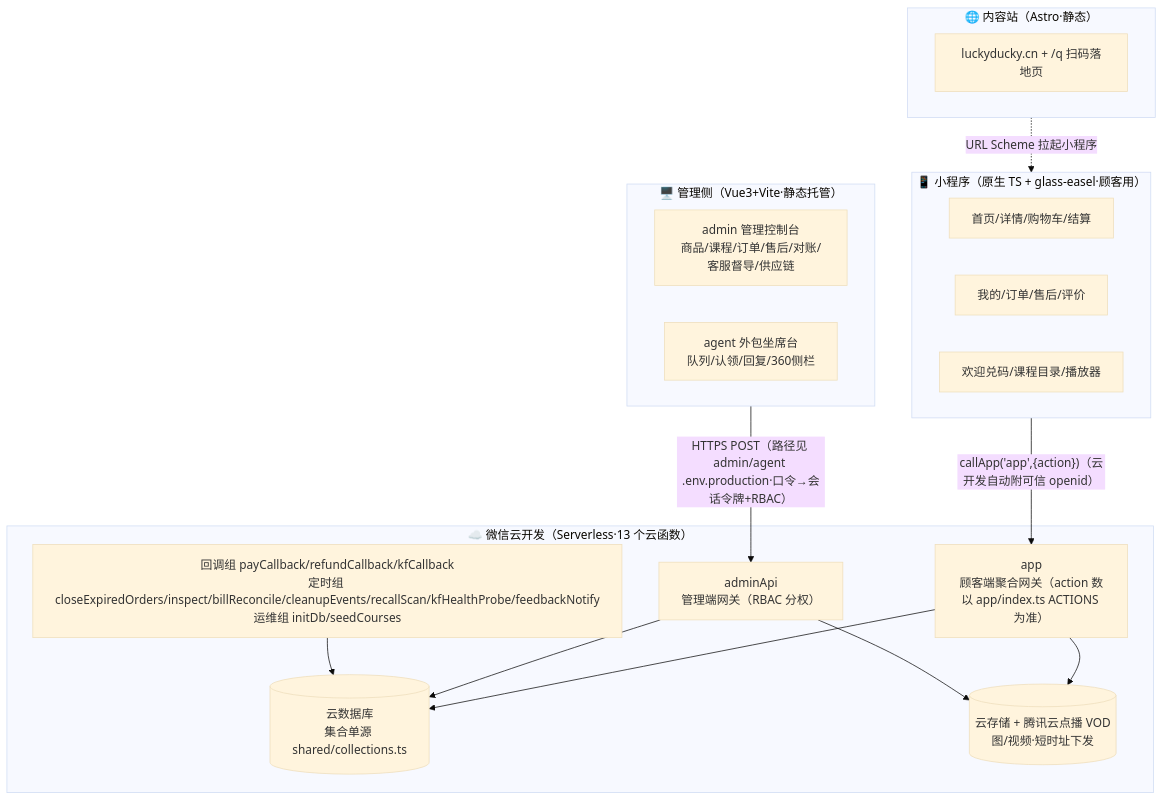
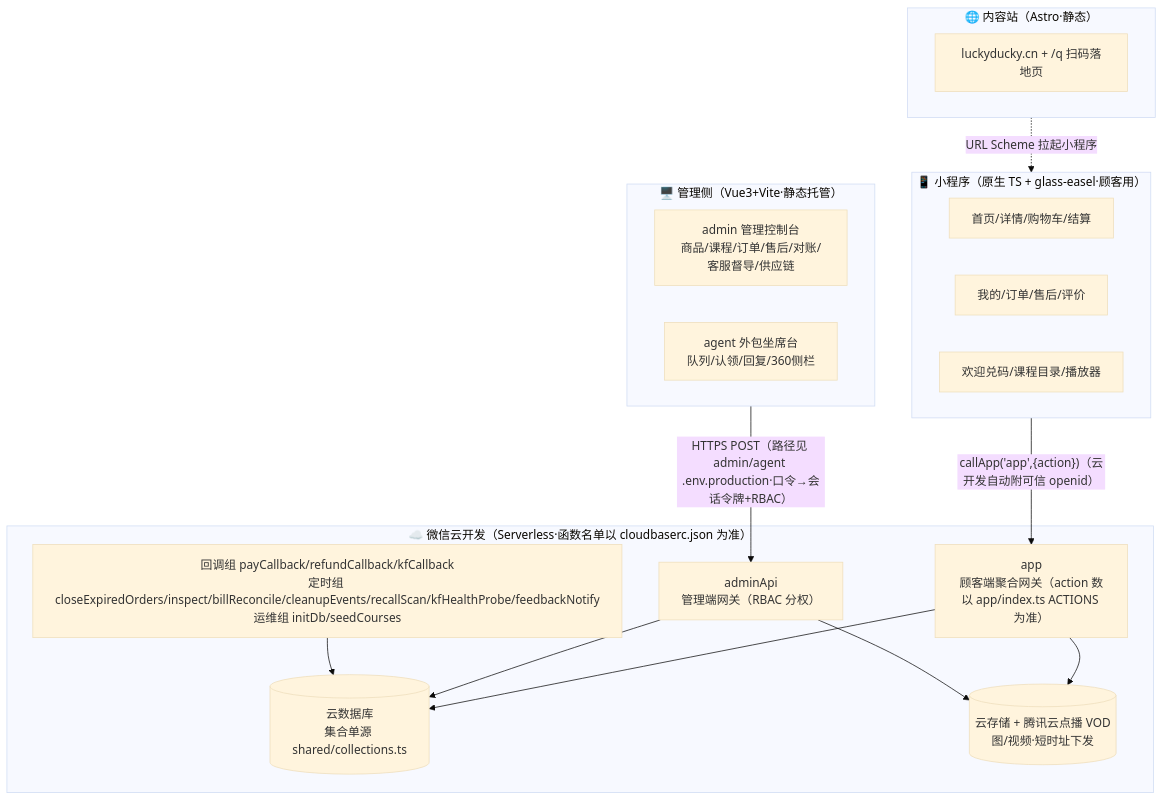
Before and after one commit to ookiisparrow/luckyducky-fable: the first of 2 diagrams in docs/业务逻辑架构.md, drawn with Mermaid (base theme). The commit also changed other lines of this file and 12 other files, not shown here.

````diff
--- a/docs/业务逻辑架构.md
+++ b/docs/业务逻辑架构.md
@@ -12,31 +12,31 @@
 ```mermaid
 flowchart TB
   subgraph 管理侧["🖥️ 管理侧（Vue3+Vite·静态托管）"]
     A1["admin 管理控制台<br/>商品/课程/订单/售后/对账/客服督导/供应链"]
     A2["agent 外包坐席台<br/>队列/认领/回复/360侧栏"]
   end
-  subgraph 云["☁️ 微信云开发（Serverless·13 个云函数）"]
+  subgraph 云["☁️ 微信云开发（Serverless·函数名单以 cloudbaserc.json 为准）"]
     F1["app<br/>顾客端聚合网关（action 数以 app/index.ts ACTIONS 为准）"]
     F2["adminApi<br/>管理端网关（RBAC 分权）"]
     F3["回调组 payCallback/refundCallback/kfCallback<br/>定时组 closeExpiredOrders/inspect/billReconcile/cleanupEvents/recallScan/kfHealthProbe/feedbackNotify<br/>运维组 initDb/seedCourses"]
     DB[("云数据库<br/>集合单源 shared/collections.ts")]
     ST[("云存储 + 腾讯云点播 VOD<br/>图/视频·短时址下发")]
   end
   subgraph 端["📱 小程序（原生 TS + glass-easel·顾客用）"]
     P1["首页/详情/购物车/结算"]
     P2["我的/订单/售后/评价"]
     P3["欢迎兑码/课程目录/播放器"]
   end
   subgraph 站["🌐 内容站（Astro·静态）"]
     S1["luckyducky.cn + /q 扫码落地页"]
   end
 
   管理侧 -->|"HTTPS POST（路径见 admin/agent .env.production·口令→会话令牌+RBAC）"| F2
   端 -->|"callApp('app',{action})（云开发自动附可信 openid）"| F1
   站 -.->|"URL Scheme 拉起小程序"| 端
   F1 --> DB
   F2 --> DB
   F3 --> DB
   F1 --> ST
   F2 --> ST
 ```
````
